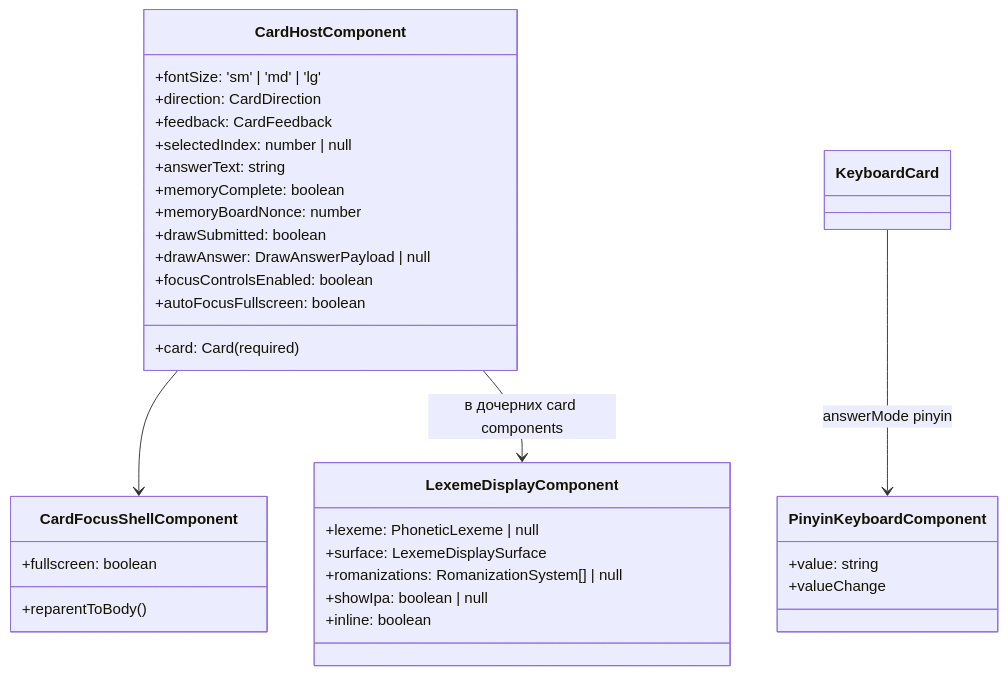
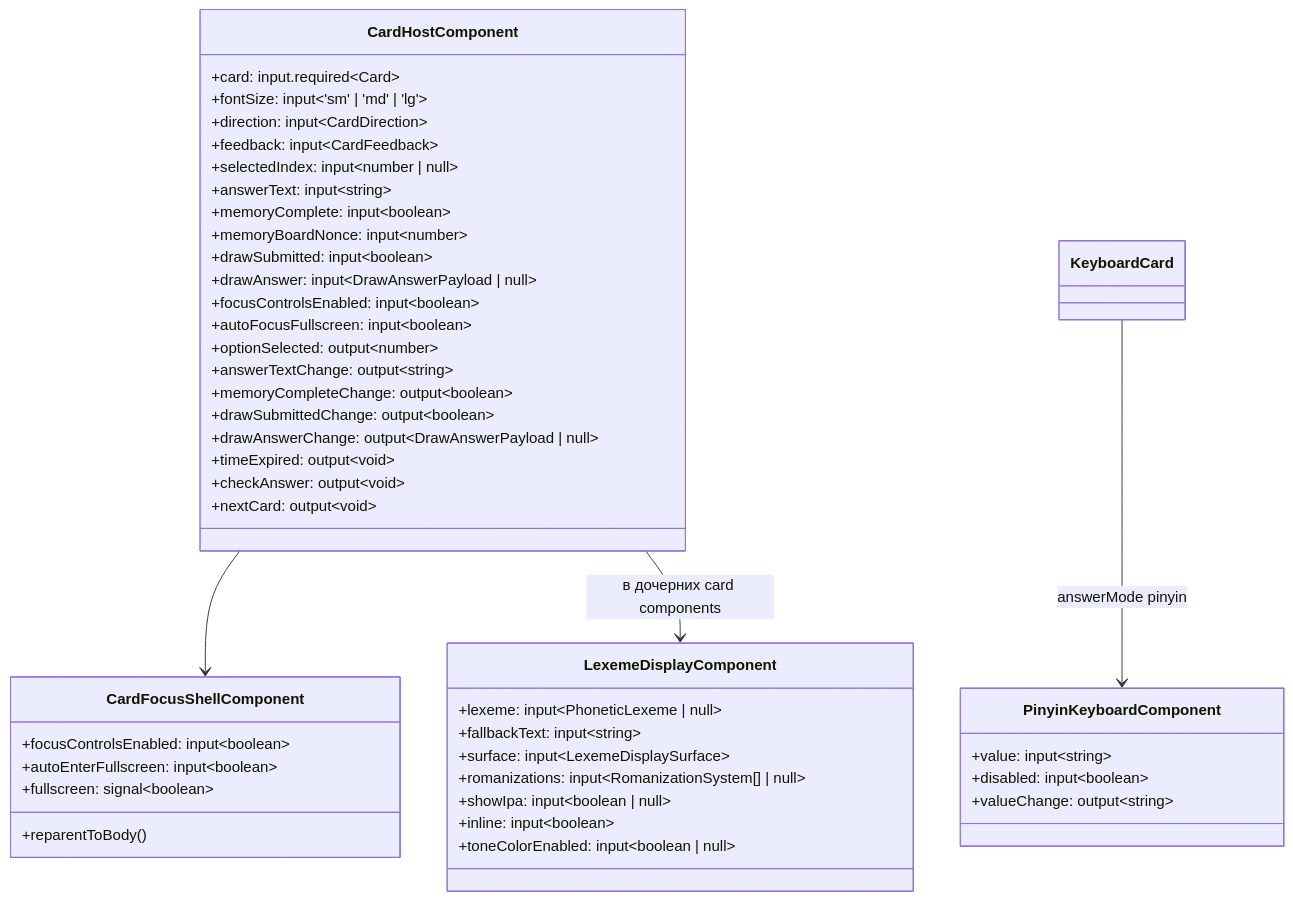
The second of 2 diagrams in docs/ARCHITECTURE/ARCHITECTURE.shared.md (void2ptr-sketch/LinguaCode), drawn with Mermaid before and after one commit. The commit also changed other lines of this file and 13 other files, not shown here.

````diff
--- a/docs/ARCHITECTURE/ARCHITECTURE.shared.md
+++ b/docs/ARCHITECTURE/ARCHITECTURE.shared.md
@@ -72,35 +72,48 @@
 ```mermaid
 classDiagram
   class CardHostComponent {
-    +card: Card (required)
-    +fontSize: 'sm' | 'md' | 'lg'
-    +direction: CardDirection
-    +feedback: CardFeedback
-    +selectedIndex: number | null
-    +answerText: string
-    +memoryComplete: boolean
-    +memoryBoardNonce: number
-    +drawSubmitted: boolean
-    +drawAnswer: DrawAnswerPayload | null
-    +focusControlsEnabled: boolean
-    +autoFocusFullscreen: boolean
+    +card: input.required~Card~
+    +fontSize: input~'sm' | 'md' | 'lg'~
+    +direction: input~CardDirection~
+    +feedback: input~CardFeedback~
+    +selectedIndex: input~number | null~
+    +answerText: input~string~
+    +memoryComplete: input~boolean~
+    +memoryBoardNonce: input~number~
+    +drawSubmitted: input~boolean~
+    +drawAnswer: input~DrawAnswerPayload | null~
+    +focusControlsEnabled: input~boolean~
+    +autoFocusFullscreen: input~boolean~
+    +optionSelected: output~number~
+    +answerTextChange: output~string~
+    +memoryCompleteChange: output~boolean~
+    +drawSubmittedChange: output~boolean~
+    +drawAnswerChange: output~DrawAnswerPayload | null~
+    +timeExpired: output~void~
+    +checkAnswer: output~void~
+    +nextCard: output~void~
   }
   class CardFocusShellComponent {
-    +fullscreen: boolean
+    +focusControlsEnabled: input~boolean~
+    +autoEnterFullscreen: input~boolean~
+    +fullscreen: signal~boolean~
     +reparentToBody()
   }
   class LexemeDisplayComponent {
-    +lexeme: PhoneticLexeme | null
-    +surface: LexemeDisplaySurface
-    +romanizations: RomanizationSystem[] | null
-    +showIpa: boolean | null
-    +inline: boolean
+    +lexeme: input~PhoneticLexeme | null~
+    +fallbackText: input~string~
+    +surface: input~LexemeDisplaySurface~
+    +romanizations: input~RomanizationSystem[] | null~
+    +showIpa: input~boolean | null~
+    +inline: input~boolean~
+    +toneColorEnabled: input~boolean | null~
   }
   class PinyinKeyboardComponent {
-    +value: string
-    +valueChange
+    +value: input~string~
+    +disabled: input~boolean~
+    +valueChange: output~string~
   }
   CardHostComponent --> CardFocusShellComponent
   CardHostComponent --> LexemeDisplayComponent : в дочерних card components
   KeyboardCard --> PinyinKeyboardComponent : answerMode pinyin
 ```
````
